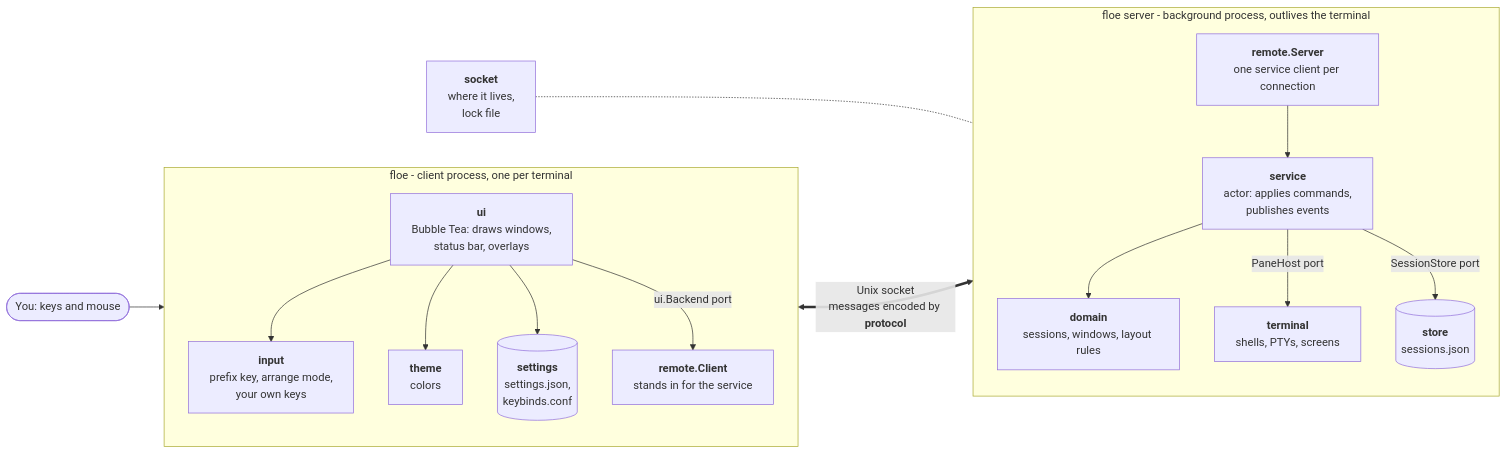
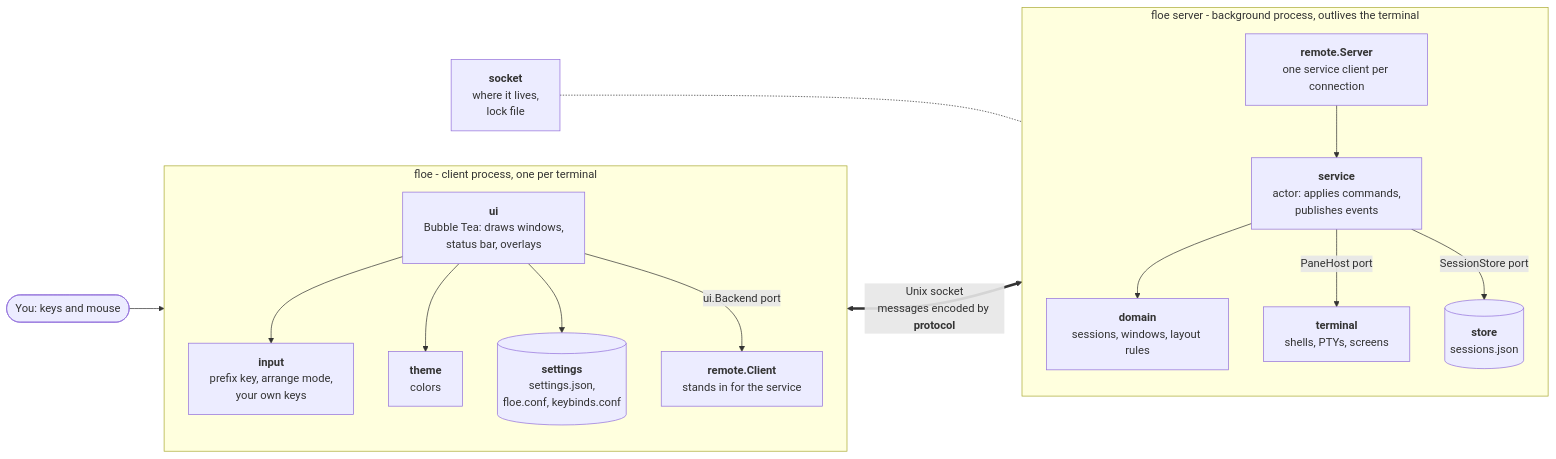
One commit to thomassbooth/floe changed the first of 3 diagrams in ARCHITECTURE.md. Above: the diagram before and after it, drawn with Mermaid. The commit also changed 12 other files, not shown here.

````diff
--- a/ARCHITECTURE.md
+++ b/ARCHITECTURE.md
@@ -10,34 +10,34 @@
 ```mermaid
 flowchart LR
     you(["You: keys and mouse"])
 
     subgraph client["floe - client process, one per terminal"]
         direction TB
         ui["<b>ui</b><br/>Bubble Tea: draws windows,<br/>status bar, overlays"]
         input["<b>input</b><br/>prefix key, arrange mode,<br/>your own keys"]
         theme["<b>theme</b><br/>colors"]
-        settings[("<b>settings</b><br/>settings.json,<br/>keybinds.conf")]
+        settings[("<b>settings</b><br/>settings.json,<br/>floe.conf, keybinds.conf")]
         rclient["<b>remote.Client</b><br/>stands in for the service"]
         ui --> input
         ui --> theme
         ui --> settings
         ui -- "ui.Backend port" --> rclient
     end
 
     subgraph server["floe server - background process, outlives the terminal"]
         direction TB
         rserver["<b>remote.Server</b><br/>one service client per connection"]
         service["<b>service</b><br/>actor: applies commands,<br/>publishes events"]
         domain["<b>domain</b><br/>sessions, windows, layout rules"]
         terminal["<b>terminal</b><br/>shells, PTYs, screens"]
         store[("<b>store</b><br/>sessions.json")]
         rserver --> service
         service --> domain
         service -- "PaneHost port" --> terminal
         service -- "SessionStore port" --> store
     end
 
     you --> ui
     rclient <==>|"Unix socket<br/>messages encoded by <b>protocol</b>"| rserver
     socket["<b>socket</b><br/>where it lives,<br/>lock file"] -.- rserver
 ```
````
